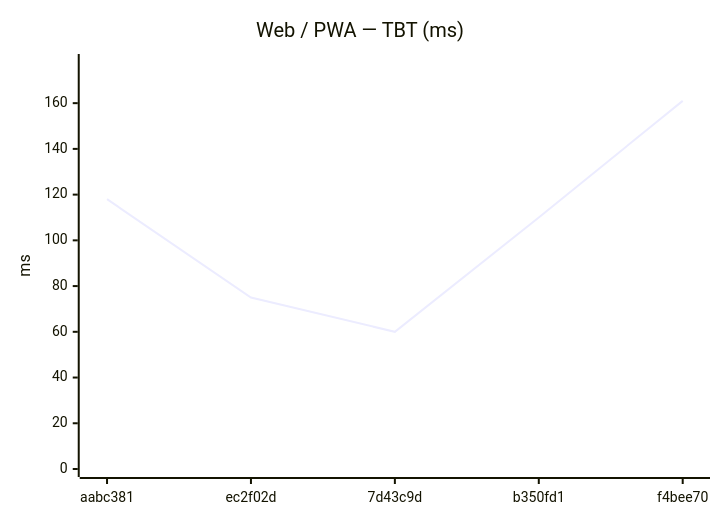
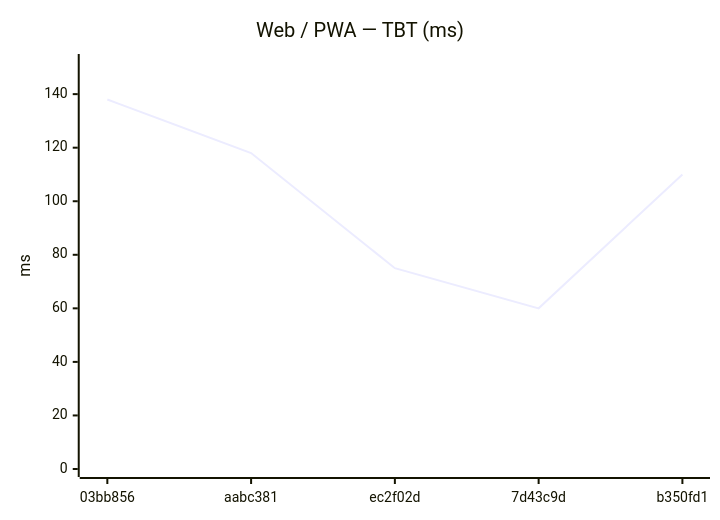
Before and after one commit to Metaheurist/Rianell: the eighth of 18 diagrams in benchmarks/compare.md, drawn with Mermaid. The commit also changed other lines of this file and 11 other files, not shown here.

````diff
--- a/benchmarks/compare.md
+++ b/benchmarks/compare.md
@@ -124,7 +124,7 @@
 ```mermaid
 xychart-beta
     title "Web / PWA — TBT (ms)"
-    x-axis ["aabc381", "ec2f02d", "7d43c9d", "b350fd1", "f4bee70"]
-    y-axis "ms" 0 --> 178
-    line [118, 75, 60, 110, 161]
+    x-axis ["03bb856", "aabc381", "ec2f02d", "7d43c9d", "b350fd1"]
+    y-axis "ms" 0 --> 152
+    line [138, 118, 75, 60, 110]
 ```
````
